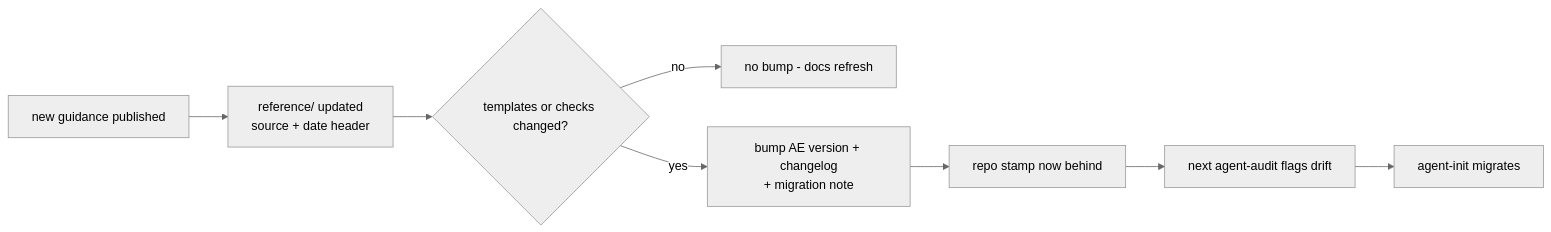
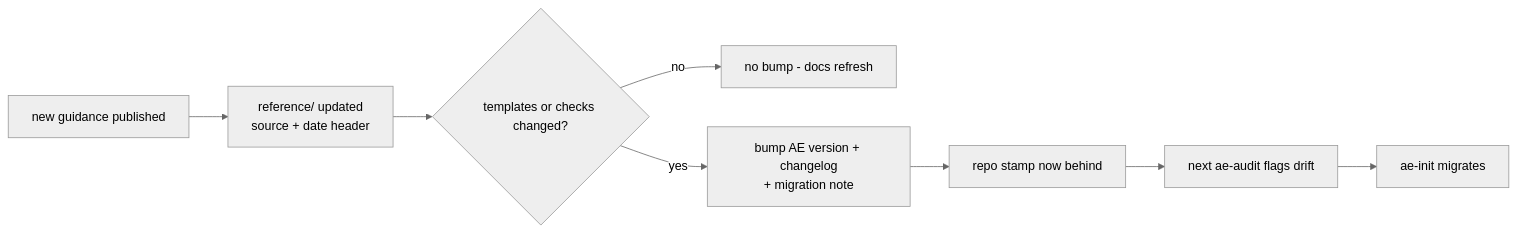
One commit to bygama/Agent-Engineering changed the second of 2 diagrams in docs/how-it-works/standard-lifecycle.md. Above: the diagram before and after it, drawn with Mermaid (neutral theme). The commit also changed other lines of this file and 32 other files, not shown here.

First line of the commit message:
rename(skills): agent-init/agent-audit -> ae-init/ae-audit

````diff
--- a/docs/how-it-works/standard-lifecycle.md
+++ b/docs/how-it-works/standard-lifecycle.md
@@ -96,8 +96,8 @@
 ```mermaid
 flowchart LR
     G[new guidance published] --> R[reference/ updated<br/>source + date header]
     R --> Q{templates or checks changed?}
     Q -->|no| N[no bump - docs refresh]
     Q -->|yes| V[bump AE version + changelog<br/>+ migration note]
-    V --> S[repo stamp now behind] --> AU[next agent-audit flags drift] --> M[agent-init migrates]
+    V --> S[repo stamp now behind] --> AU[next ae-audit flags drift] --> M[ae-init migrates]
 ```
````
